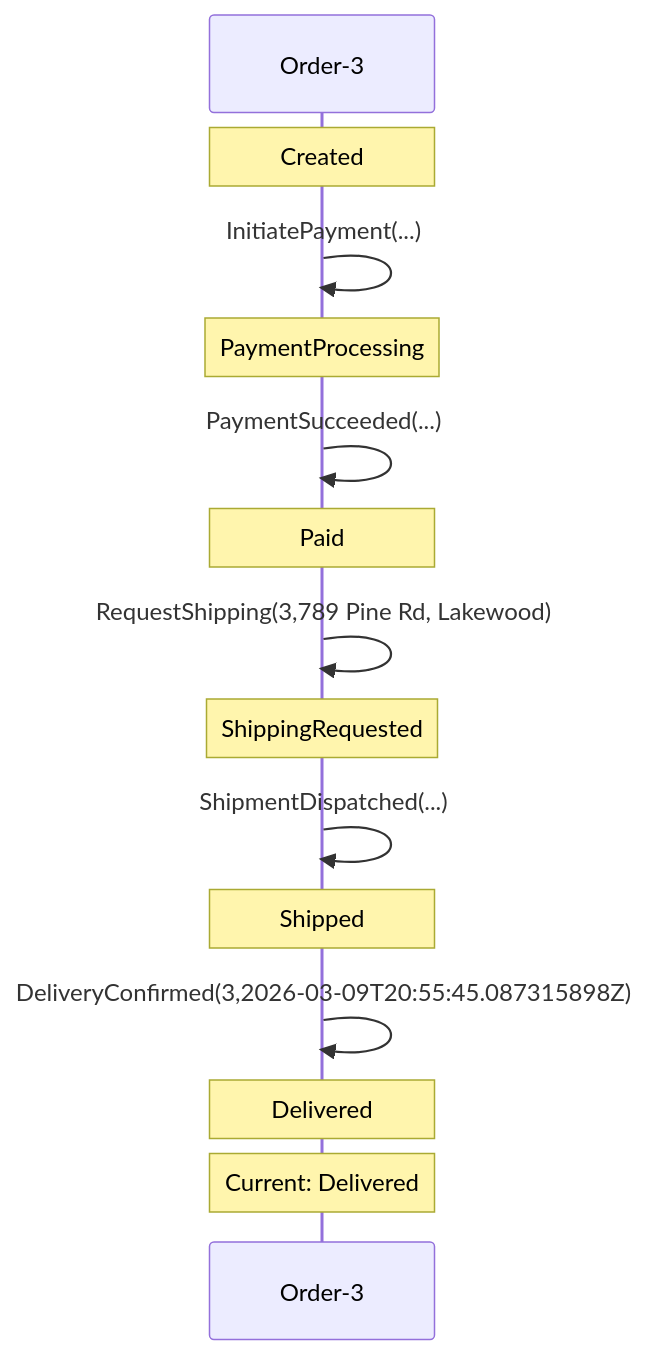
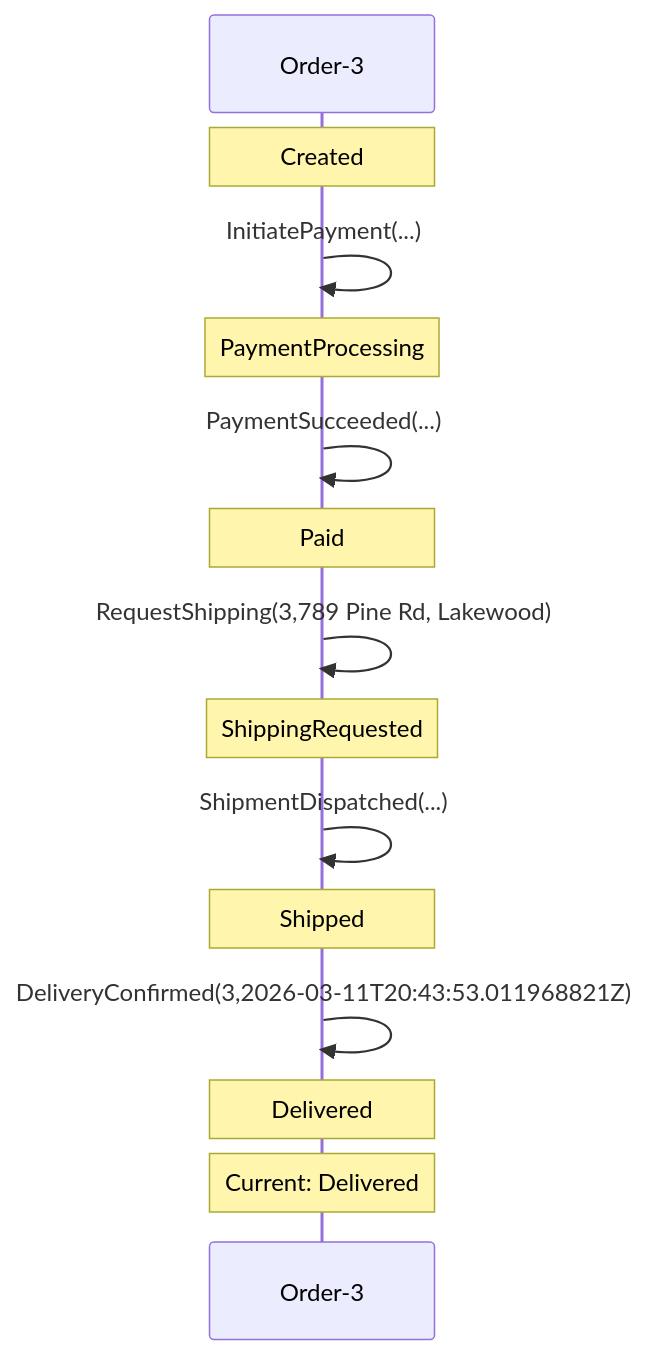
Before and after one commit to early-effect/mechanoid: the first of 2 diagrams in docs/visualizations/order-3-trace.md, drawn with Mermaid. The commit also changed 6 other files, not shown here.

First line of the commit message:
Fix Mermaid state diagram note syntax for timeouts

````diff
--- a/docs/visualizations/order-3-trace.md
+++ b/docs/visualizations/order-3-trace.md
@@ -7,17 +7,17 @@
 ```mermaid
 sequenceDiagram
     participant FSM as Order-3
     Note over FSM: Created
     FSM->>FSM: InitiatePayment(...)
     Note over FSM: PaymentProcessing
     FSM->>FSM: PaymentSucceeded(...)
     Note over FSM: Paid
     FSM->>FSM: RequestShipping(3,789 Pine Rd, Lakewood)
     Note over FSM: ShippingRequested
     FSM->>FSM: ShipmentDispatched(...)
     Note over FSM: Shipped
-    FSM->>FSM: DeliveryConfirmed(3,2026-03-09T20:55:45.087315898Z)
+    FSM->>FSM: DeliveryConfirmed(3,2026-03-11T20:43:53.011968821Z)
     Note over FSM: Delivered
     Note over FSM: Current: Delivered
 
 ```
````
